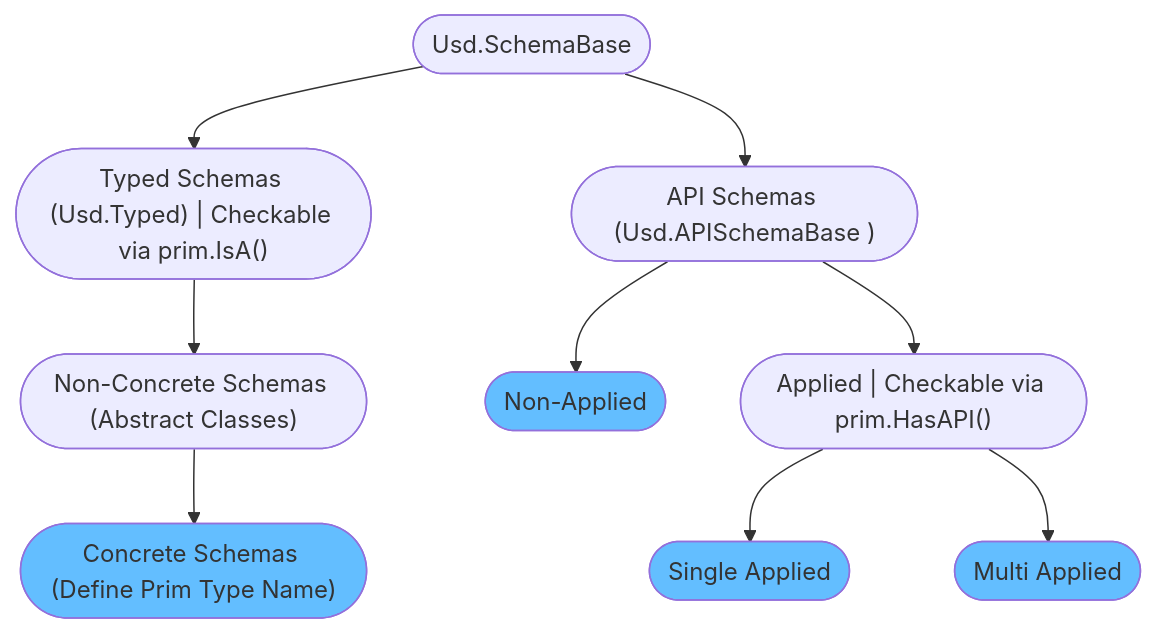
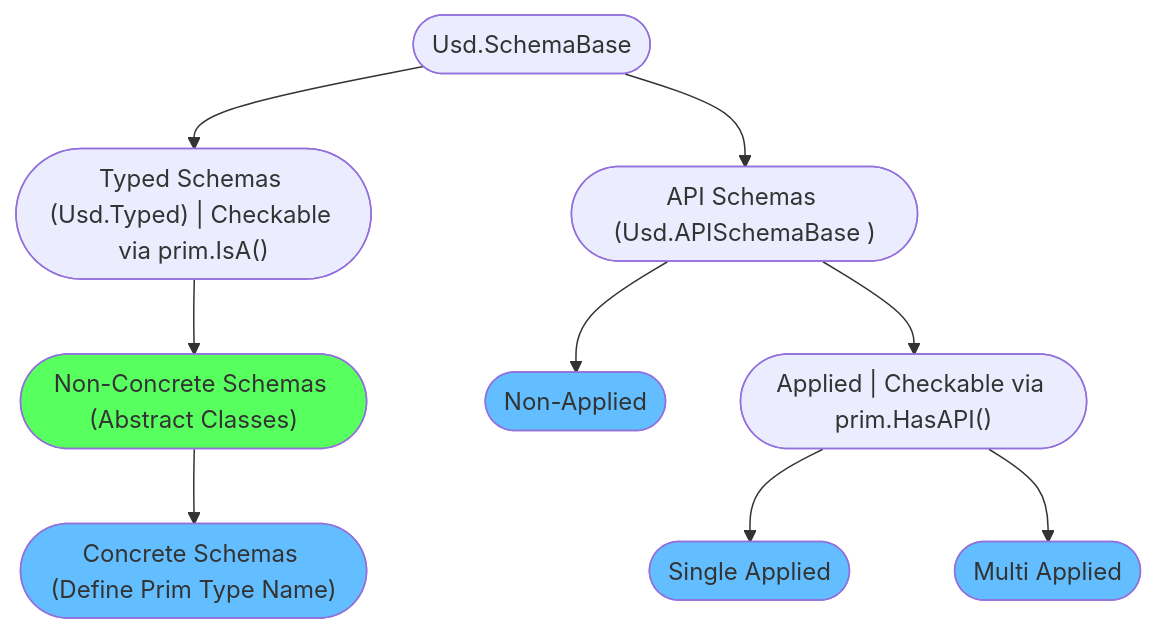
The diagram in docs/src/core/elements/schemas.md (LucaScheller/VFX-UsdSurvivalGuide), drawn with Mermaid before and after one commit. The commit also changed other lines of this file and 2 other files, not shown here.

Commit message:
Finish schema section

````diff
--- a/docs/src/core/elements/schemas.md
+++ b/docs/src/core/elements/schemas.md
@@ -57,25 +61,26 @@
 ```mermaid
 flowchart TD
     schemaBase(["Usd.SchemaBase"])
     schemaTyped(["Typed Schemas (Usd.Typed) | Checkable via prim.IsA()"])
     schemaTypedNonConcrete(["Non-Concrete Schemas (Abstract Classes)"]) 
     schemaTypedConcrete(["Concrete Schemas (Define Prim Type Name)"]) 
     schemaAPI(["API Schemas (Usd.APISchemaBase )"]) 
     schemaAPINonApplied([Non-Applied])
     schemaAPIApplied(["Applied | Checkable via prim.HasAPI()"])
     schemaAPIAppliedSingle([Single Applied])
     schemaAPIAppliedMulti([Multi Applied])
+    style schemaTypedNonConcrete fill:#57ff5f
     style schemaTypedConcrete fill:#63beff
     style schemaAPINonApplied fill:#63beff
     style schemaAPIAppliedSingle fill:#63beff
     style schemaAPIAppliedMulti fill:#63beff
 
     schemaBase --> schemaTyped 
     schemaTyped --> schemaTypedNonConcrete
     schemaTypedNonConcrete --> schemaTypedConcrete
     schemaBase --> schemaAPI
     schemaAPI --> schemaAPINonApplied
     schemaAPI --> schemaAPIApplied
     schemaAPIApplied --> schemaAPIAppliedSingle
     schemaAPIApplied --> schemaAPIAppliedMulti
 ```
````
